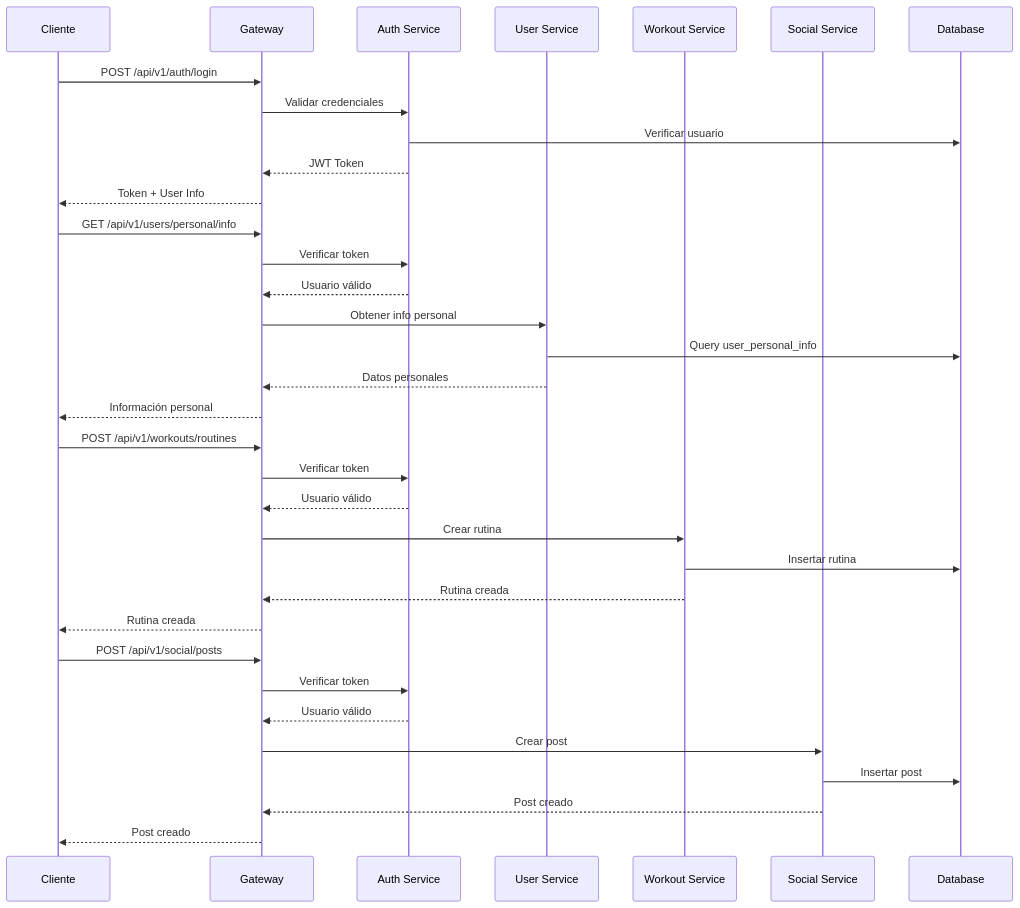
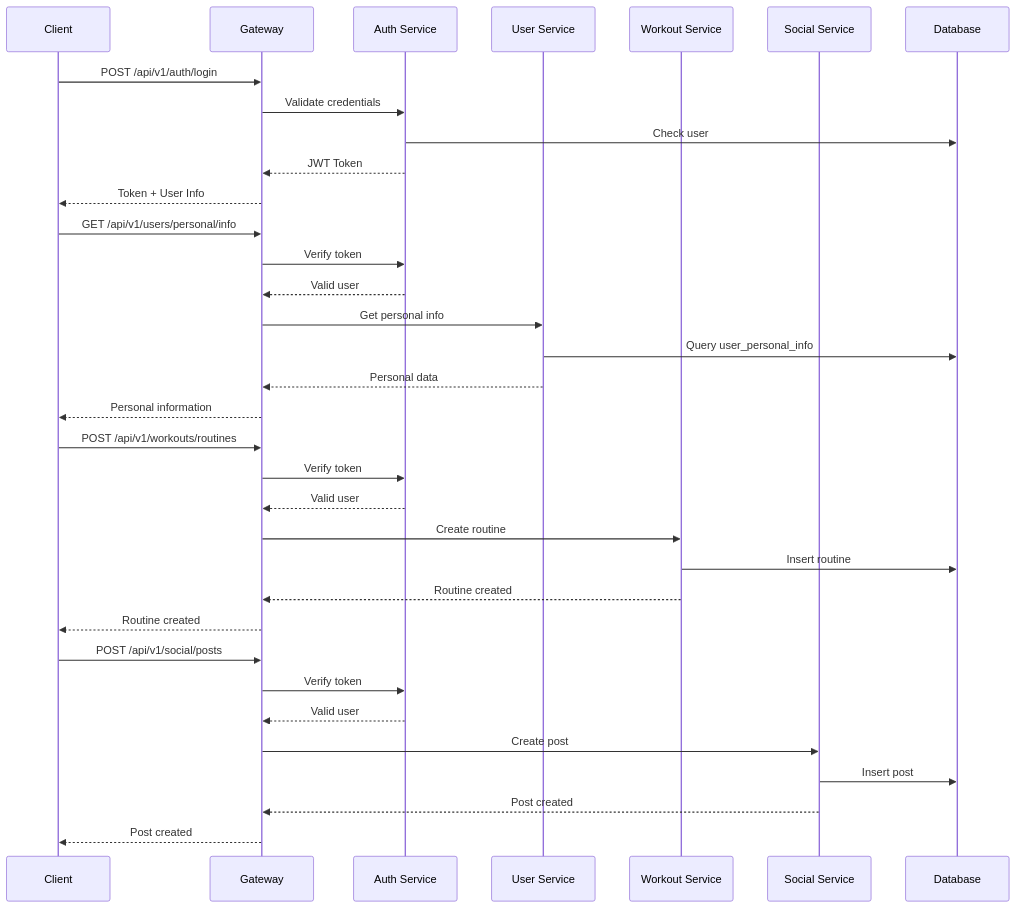
One commit to smyha/PTI-GymPalDoc changed the first of 2 diagrams in docs/api/01-api-endpoints.md. Above: the diagram before and after it, drawn with Mermaid. The commit also changed other lines of this file, not shown here.

````diff
--- a/docs/api/01-api-endpoints.md
+++ b/docs/api/01-api-endpoints.md
@@ -342,40 +342,40 @@
 ```mermaid
 sequenceDiagram
-  participant C as Cliente
+  participant C as Client
   participant G as Gateway
   participant A as Auth Service
   participant U as User Service
   participant W as Workout Service
   participant S as Social Service
   participant DB as Database
   
   C->>G: POST /api/v1/auth/login
-  G->>A: Validar credenciales
-  A->>DB: Verificar usuario
+  G->>A: Validate credentials
+  A->>DB: Check user
   A-->>G: JWT Token
   G-->>C: Token + User Info
   
   C->>G: GET /api/v1/users/personal/info
-  G->>A: Verificar token
-  A-->>G: Usuario válido
-  G->>U: Obtener info personal
+  G->>A: Verify token
+  A-->>G: Valid user
+  G->>U: Get personal info
   U->>DB: Query user_personal_info
-  U-->>G: Datos personales
-  G-->>C: Información personal
+  U-->>G: Personal data
+  G-->>C: Personal information
   
   C->>G: POST /api/v1/workouts/routines
-  G->>A: Verificar token
-  A-->>G: Usuario válido
-  G->>W: Crear rutina
-  W->>DB: Insertar rutina
-  W-->>G: Rutina creada
-  G-->>C: Rutina creada
+  G->>A: Verify token
+  A-->>G: Valid user
+  G->>W: Create routine
+  W->>DB: Insert routine
+  W-->>G: Routine created
+  G-->>C: Routine created
   
   C->>G: POST /api/v1/social/posts
-  G->>A: Verificar token
-  A-->>G: Usuario válido
-  G->>S: Crear post
-  S->>DB: Insertar post
-  S-->>G: Post creado
-  G-->>C: Post creado
+  G->>A: Verify token
+  A-->>G: Valid user
+  G->>S: Create post
+  S->>DB: Insert post
+  S-->>G: Post created
+  G-->>C: Post created
 ```
````
